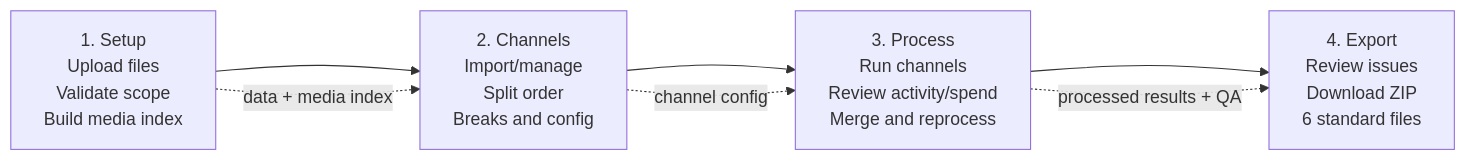
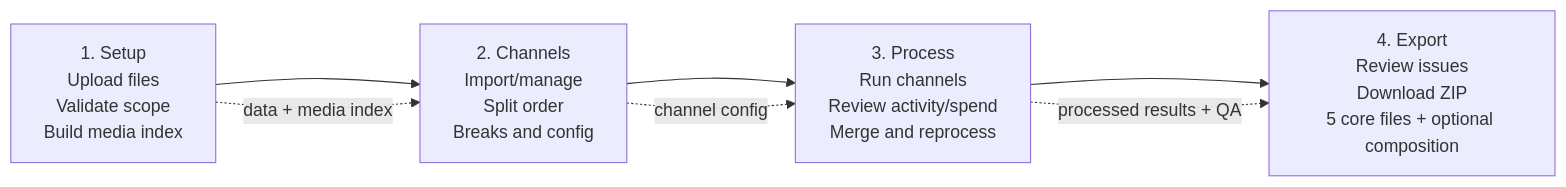
Before and after one commit to MiguelPalmaWpp/Split-Generator-for-PSO: the first of 9 diagrams in README.md, drawn with Mermaid. The commit also changed other lines of this file and 87 other files, not shown here.

````diff
--- a/README.md
+++ b/README.md
@@ -35,10 +41,10 @@
 ```mermaid
 flowchart LR
     A["1. Setup<br/>Upload files<br/>Validate scope<br/>Build media index"] --> B["2. Channels<br/>Import/manage<br/>Split order<br/>Breaks and config"]
     B --> C["3. Process<br/>Run channels<br/>Review activity/spend<br/>Merge and reprocess"]
-    C --> D["4. Export<br/>Review issues<br/>Download ZIP<br/>6 standard files"]
+    C --> D["4. Export<br/>Review issues<br/>Download ZIP<br/>5 core files + optional composition"]
 
     A -. "data + media index" .-> B
     B -. "channel config" .-> C
     C -. "processed results + QA" .-> D
 ```
````
